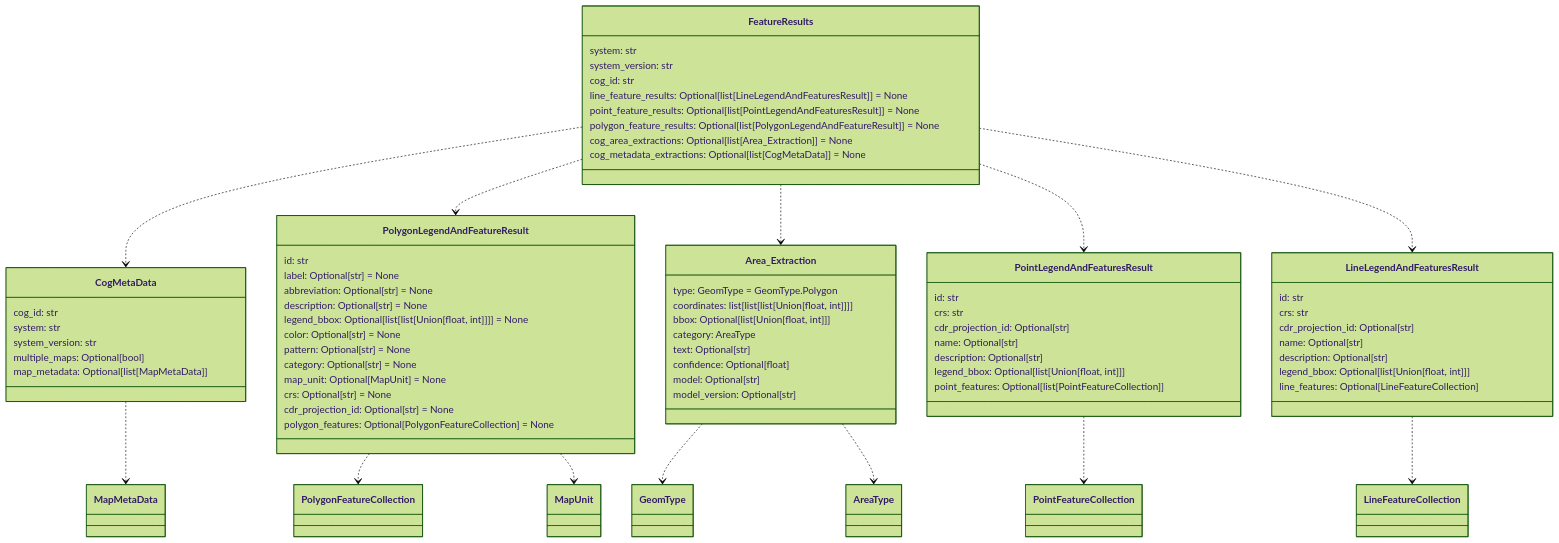
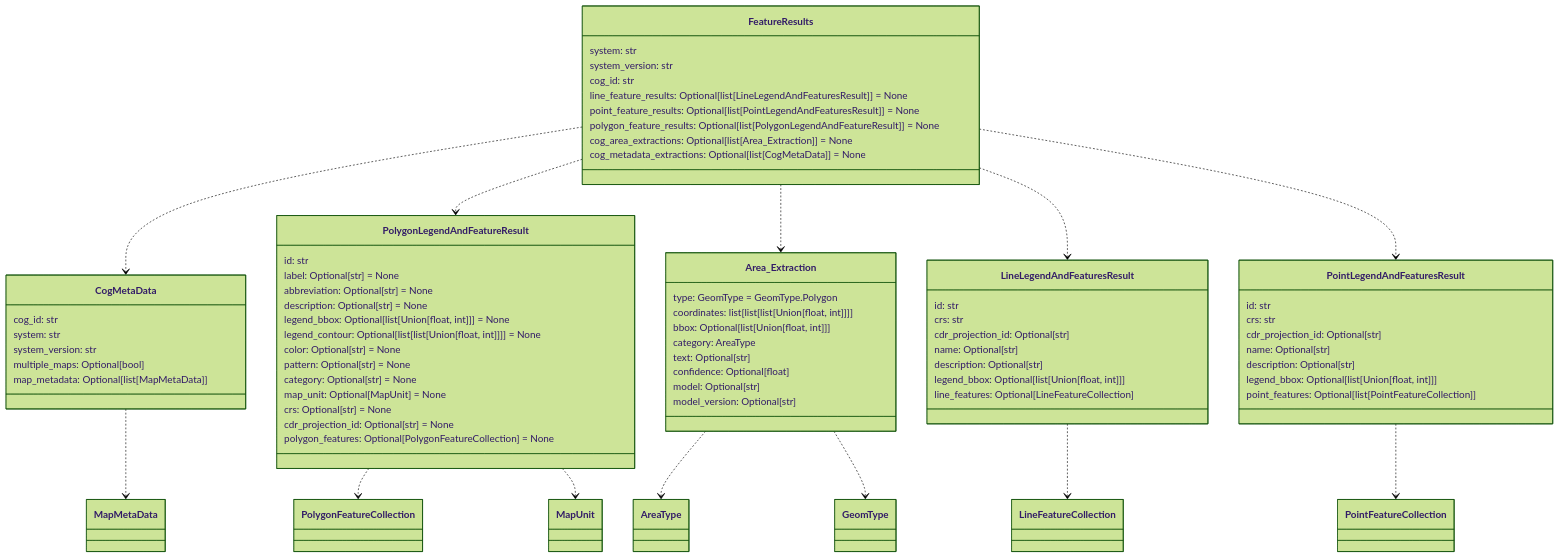
Before and after one commit to DARPA-CRITICALMAAS/cdr_schemas: the fourth of 12 diagrams in README.md, drawn with Mermaid (forest theme). The commit also changed other lines of this file and 1 other file, not shown here.

````diff
--- a/README.md
+++ b/README.md
@@ -251,83 +251,84 @@
 ```mermaid
 classDiagram
 
     class FeatureResults {
         system: str
         system_version: str
         cog_id: str
         line_feature_results: Optional[list[LineLegendAndFeaturesResult]] = None
         point_feature_results: Optional[list[PointLegendAndFeaturesResult]] = None
         polygon_feature_results: Optional[list[PolygonLegendAndFeatureResult]] = None
         cog_area_extractions: Optional[list[Area_Extraction]] = None
         cog_metadata_extractions: Optional[list[CogMetaData]] = None
     }
 
     class CogMetaData {
         cog_id: str
         system: str
         system_version: str
         multiple_maps: Optional[bool]
         map_metadata: Optional[list[MapMetaData]]
     }
 
     class PolygonLegendAndFeatureResult {
         id: str
         label: Optional[str] = None
         abbreviation: Optional[str] = None
         description: Optional[str] = None
-        legend_bbox: Optional[list[list[Union[float, int]]]] = None
+        legend_bbox: Optional[list[Union[float, int]]] = None
+        legend_contour: Optional[list[list[Union[float, int]]]] = None
         color: Optional[str] = None
         pattern: Optional[str] = None
         category: Optional[str] = None
         map_unit: Optional[MapUnit] = None
         crs: Optional[str] = None
         cdr_projection_id: Optional[str] = None
         polygon_features: Optional[PolygonFeatureCollection] = None
     }
 
     class Area_Extraction {
         type: GeomType = GeomType.Polygon
         coordinates: list[list[list[Union[float, int]]]]
         bbox: Optional[list[Union[float, int]]]
         category: AreaType
         text: Optional[str]
         confidence: Optional[float]
         model: Optional[str]
         model_version: Optional[str]
     }
 
+    class LineLegendAndFeaturesResult {
+        id: str
+        crs: str
+        cdr_projection_id: Optional[str]
+        name: Optional[str]
+        description: Optional[str]
+        legend_bbox: Optional[list[Union[float, int]]]
+        line_features: Optional[LineFeatureCollection]
+    }
+
     class PointLegendAndFeaturesResult {
         id: str
         crs: str
         cdr_projection_id: Optional[str]
         name: Optional[str]
         description: Optional[str]
         legend_bbox: Optional[list[Union[float, int]]]
         point_features: Optional[list[PointFeatureCollection]]
     }
 
-    class LineLegendAndFeaturesResult {
-        id: str
-        crs: str
-        cdr_projection_id: Optional[str]
-        name: Optional[str]
-        description: Optional[str]
-        legend_bbox: Optional[list[Union[float, int]]]
-        line_features: Optional[LineFeatureCollection]
-    }
-
+    Area_Extraction ..> AreaType
     Area_Extraction ..> GeomType
-    Area_Extraction ..> AreaType
     LineLegendAndFeaturesResult ..> LineFeatureCollection
     PointLegendAndFeaturesResult ..> PointFeatureCollection
     PolygonLegendAndFeatureResult ..> PolygonFeatureCollection
     PolygonLegendAndFeatureResult ..> MapUnit
     CogMetaData ..> MapMetaData
     FeatureResults ..> CogMetaData
     FeatureResults ..> PolygonLegendAndFeatureResult
     FeatureResults ..> Area_Extraction
+    FeatureResults ..> LineLegendAndFeaturesResult
     FeatureResults ..> PointLegendAndFeaturesResult
-    FeatureResults ..> LineLegendAndFeaturesResult
 
 
 ```
````
